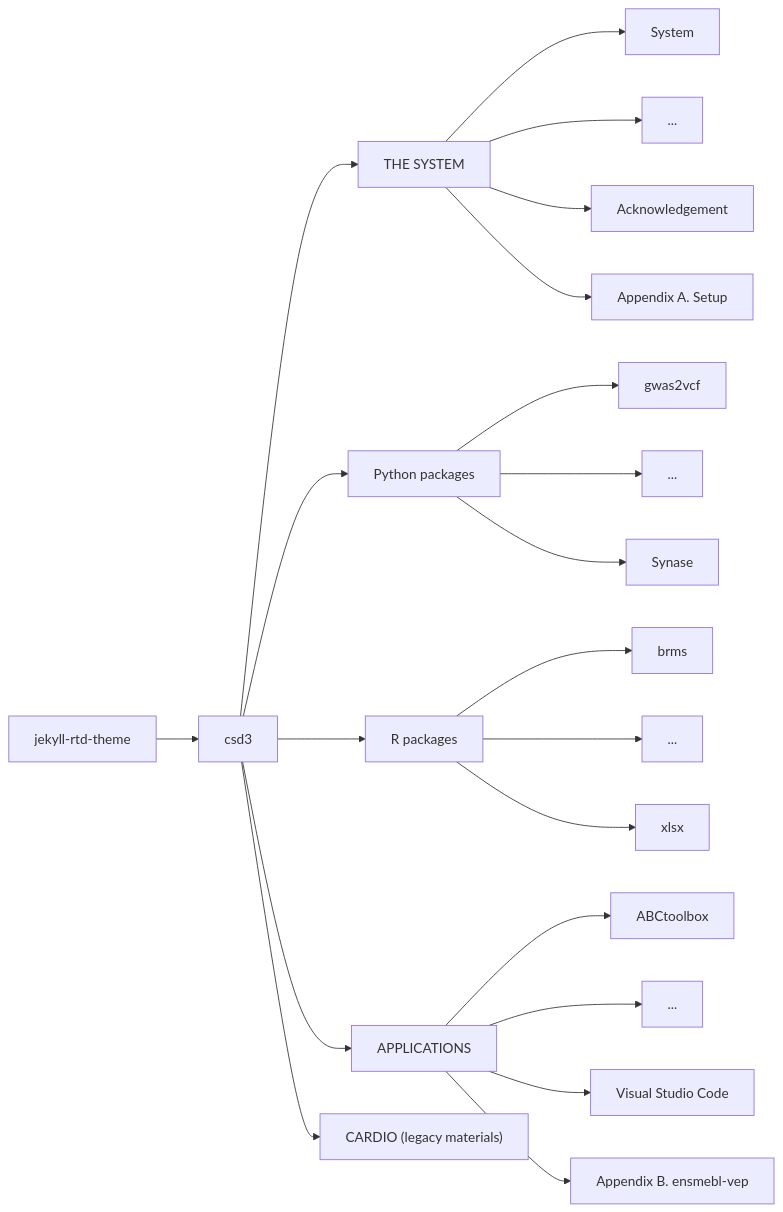
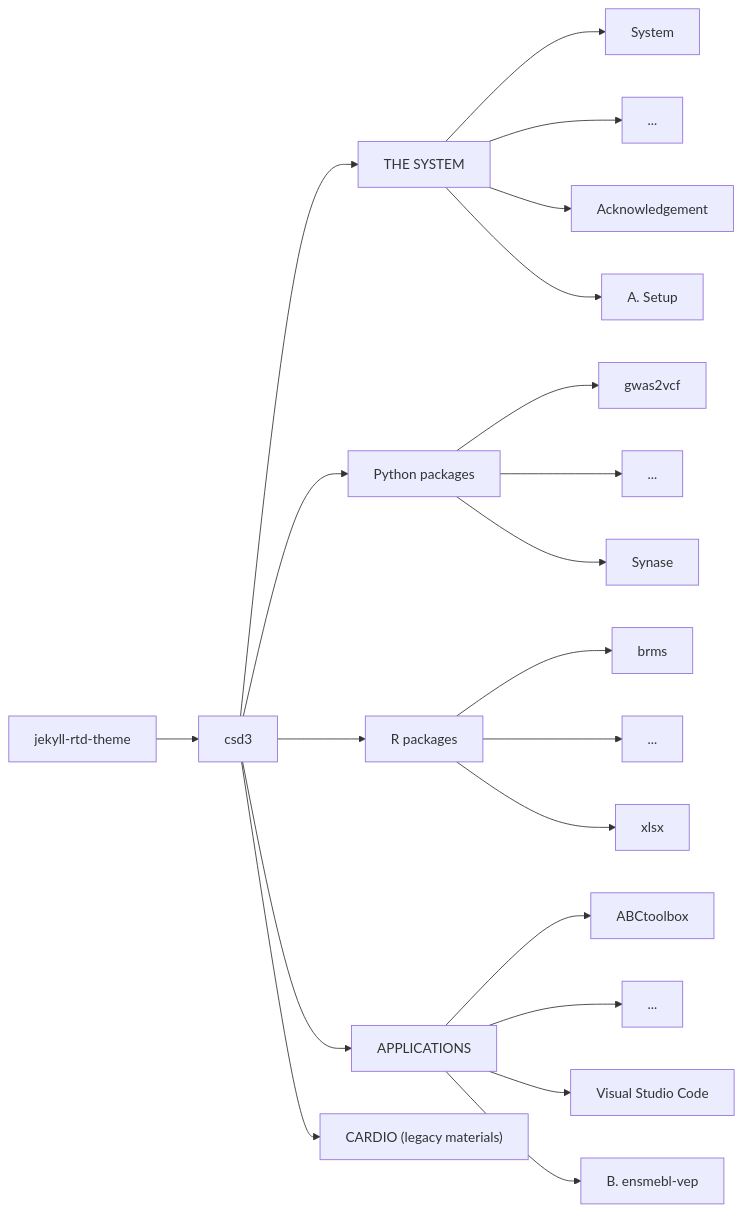
One commit to cambridge-ceu/csd3 changed the diagram in README.md. Above: the diagram before and after it, drawn with Mermaid.

````diff
--- a/README.md
+++ b/README.md
@@ -10,23 +10,23 @@
 ```mermaid
 graph LR;
 jekyll-rtd-theme --> csd3
 csd3 --> system["THE SYSTEM"]
 csd3 --> Python["Python packages"]
 csd3 --> R["R packages"]
 csd3 --> applications["APPLICATIONS"]
 csd3 --> cardio["CARDIO (legacy materials)"]
 system --> System
 system --> sysdot["..."]
 system --> Acknowledgement
-system --> setup["Appendix A. Setup"]
+system --> setup["A. Setup"]
 applications --> ABCtoolbox
 applications --> appdot["..."]
 applications --> vsc["Visual Studio Code"]
-applications --> vep["Appendix B. ensmebl-vep"]
+applications --> vep["B. ensmebl-vep"]
 Python --> gwas2vcf
 Python --> Pythondot["..."]
 Python --> Synase
 R --> brms
 R --> Rdot["..."]
 R --> xlsx
 ```
````
